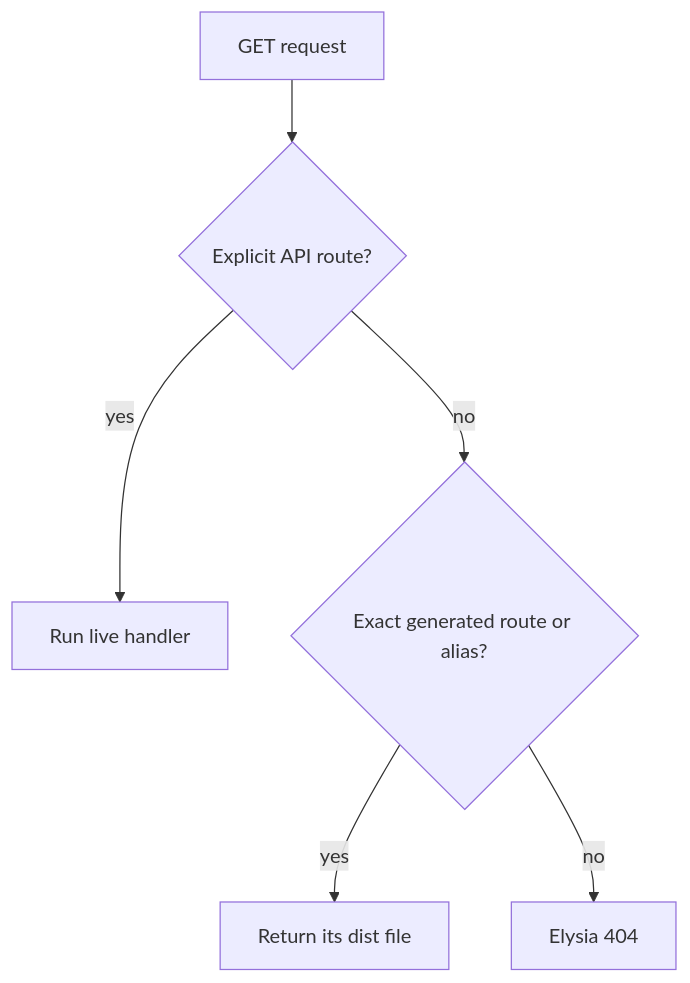
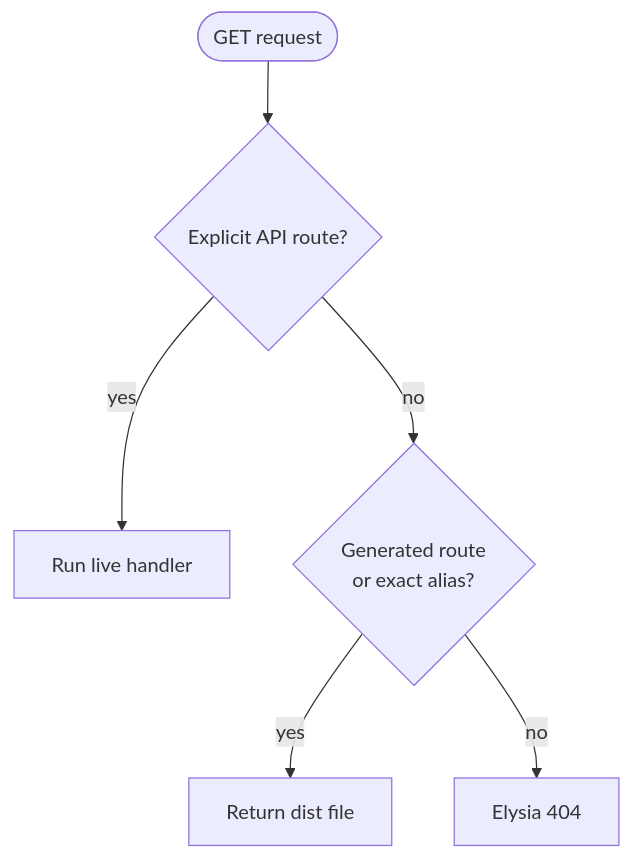
One commit to ErickCReis/ErickCReis changed the second of 2 diagrams in web/content/blog/shipping-astro-from-a-bun-server.mdx. Above: the diagram before and after it, drawn with Mermaid. The commit also changed other lines of this file and 23 other files, not shown here.

Commit message:
Polish Mermaid diagrams across blog posts

````diff
--- a/web/content/blog/shipping-astro-from-a-bun-server.mdx
+++ b/web/content/blog/shipping-astro-from-a-bun-server.mdx
@@ -143,8 +143,8 @@
 ```mermaid center
-flowchart TD
-  Request["GET request"] --> API{"Explicit API route?"}
-  API -- yes --> Handler["Run live handler"]
-  API -- no --> Static{"Exact generated route or alias?"}
-  Static -- yes --> File["Return its dist file"]
-  Static -- no --> Missing["Elysia 404"]
+flowchart TB
+  Request(["GET request"]) --> API{"Explicit API route?"}
+  API -->|"yes"| Handler["Run live handler"]
+  API -->|"no"| Static{"Generated route<br/>or exact alias?"}
+  Static -->|"yes"| File["Return dist file"]
+  Static -->|"no"| Missing["Elysia 404"]
 ```
````
